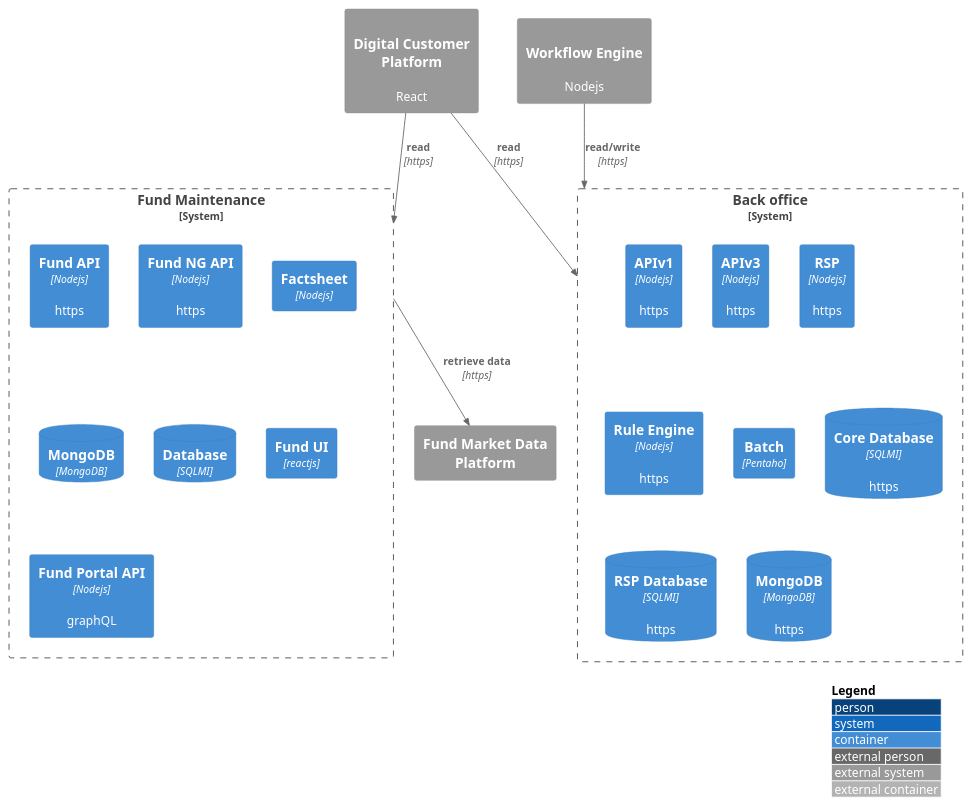
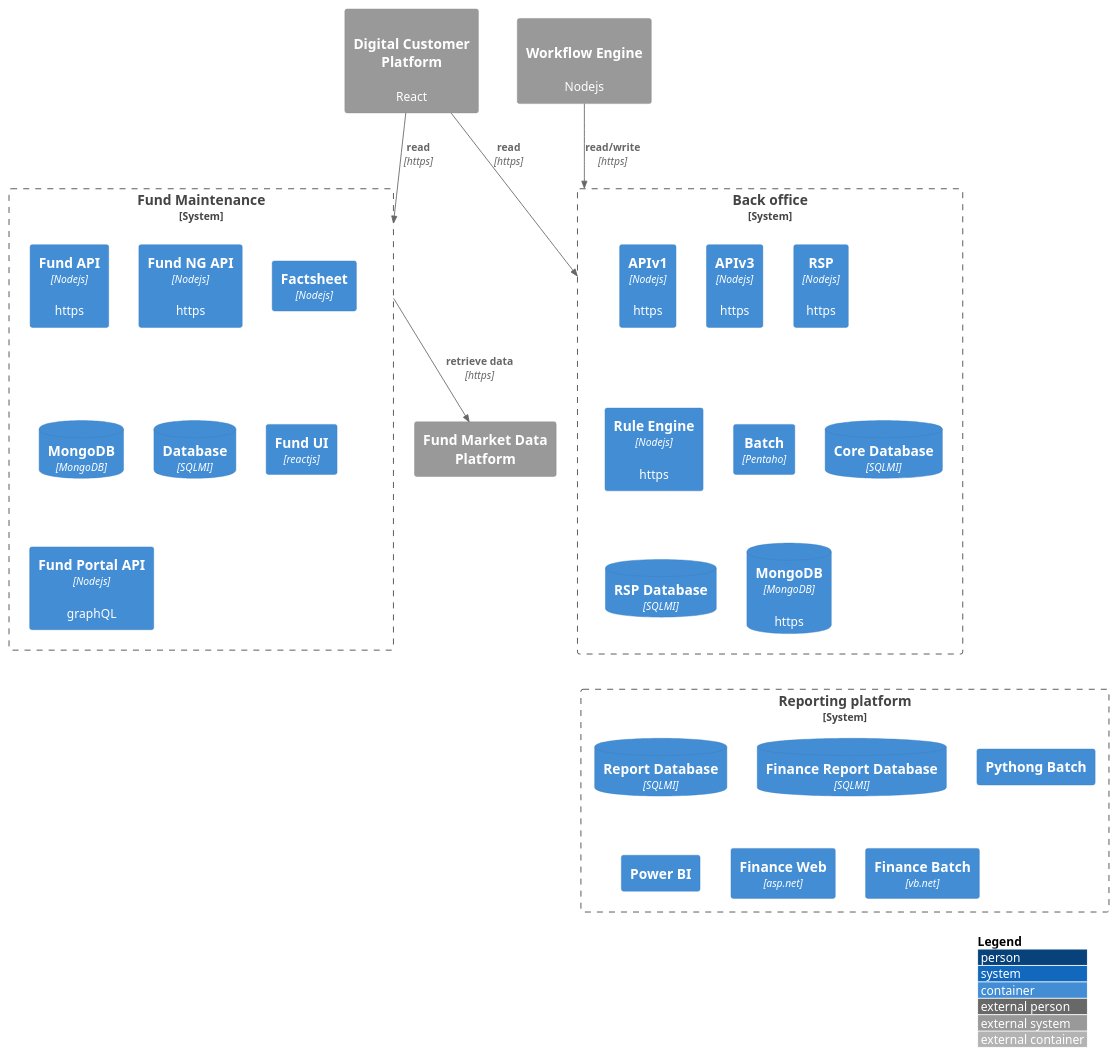
Before and after one commit to joeycmlam/diagram: the diagram in c4model/c1-backoffice.puml, drawn with PlantUML. The commit also changed 1 other file, not shown here.

Commit message:
update the diagram

```diff
--- a/c4model/c1-backoffice.puml
+++ b/c4model/c1-backoffice.puml
@@ -1,37 +1,46 @@
 @startuml "backoffice"
 !include https://raw.githubusercontent.com/plantuml-stdlib/C4-PlantUML/master/C4_Container.puml
 
 
 LAYOUT_WITH_LEGEND()
 
 System_Boundary(backoffice, "Back office") {
     Container(backend_api_v1, "APIv1", "Nodejs", "https")
     Container(backend_api_v3, "APIv3", "Nodejs", "https")
     Container(rsp_api, "RSP", "Nodejs", "https")
     Container(rule_api, "Rule Engine", "Nodejs", "https")
     Container(batch, "Batch", "Pentaho")
-    ContainerDb(dbcore, "Core Database", "SQLMI", "https")
-    ContainerDb(dbrsp, "RSP Database", "SQLMI", "https")
+    ContainerDb(dbcore, "Core Database", "SQLMI")
+    ContainerDb(dbrsp, "RSP Database", "SQLMI")
     ContainerDb(nosql, "MongoDB", "MongoDB", "https")
 }
 
 System_Boundary(fund, "Fund Maintenance") {
     Container(fund_api, "Fund API", "Nodejs", "https")
     Container(fund_ng_api, "Fund NG API", "Nodejs", "https")
     Container(factsheet, "Factsheet", "Nodejs")
     ContainerDb(nosql_fund, "MongoDB", "MongoDB")
     ContainerDb(rdbs_fund, "Database", "SQLMI")
     Container(fund_ui, "Fund UI", "reactjs")
     Container(fund_portal_api, "Fund Portal API", "Nodejs", "graphQL")
 }
 
+System_Boundary(reporting, "Reporting platform") {
+    ContainerDb(dbA, "Report Database", "SQLMI")
+    ContainerDb(dbF, "Finance Report Database", "SQLMI")
+    Container(python_batch, "Pythong Batch")
+    Container(report_pbi, "Power BI")
+    Container(finance_web, "Finance Web", "asp.net")
+    Container(finance_api, "Finance Batch", "vb.net")
+}
+
 System_Ext(online_client, "Digital Customer Platform", "React", "https")
 System_Ext(workflow, "Workflow Engine", "Nodejs", "https")
 System_Ext(fundinfo, "Fund Market Data Platform")
 
 Rel(online_client, backoffice, "read", "https")
 Rel(workflow, backoffice, "read/write", "https")
 Rel(online_client, fund, "read", "https")
 Rel(fund, fundinfo, "retrieve data", "https")
 
 @enduml
```
